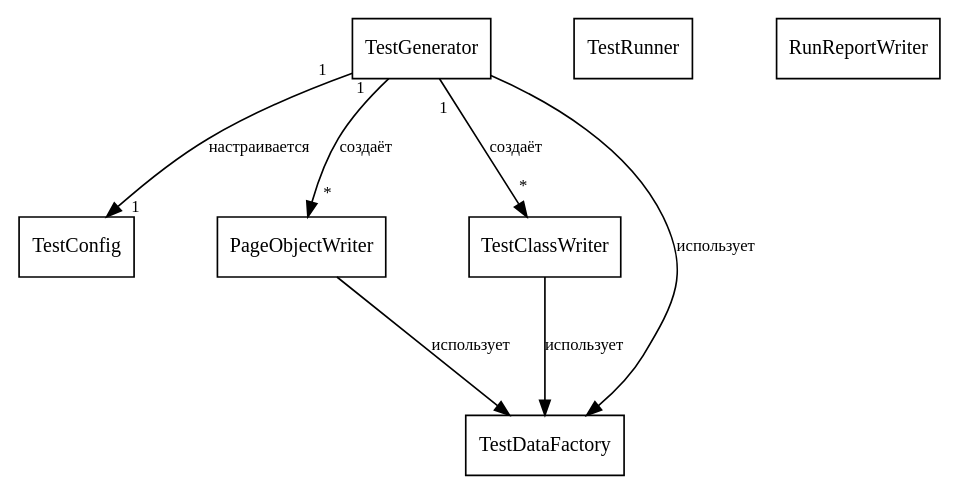
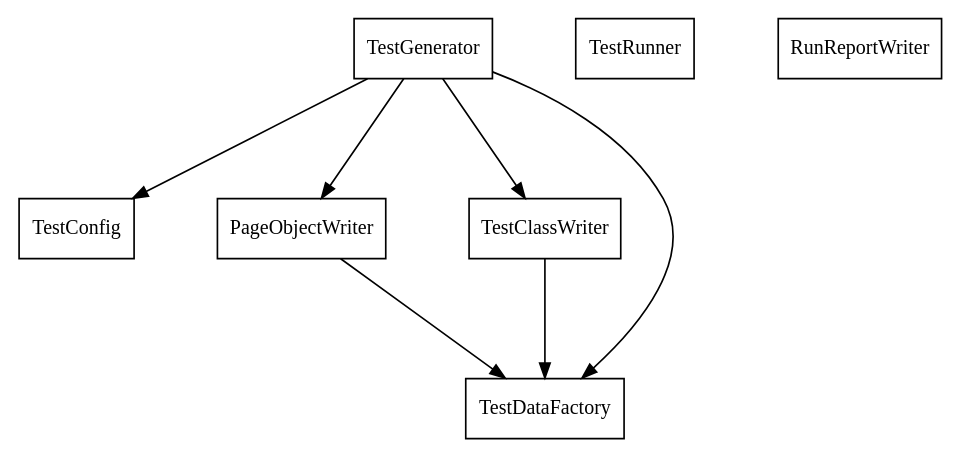
Before and after one commit to nastolbov/AutoTestGeneratorUpdate: the diagram in diagrams/cls_generator_initial.dot, drawn with Graphviz. The commit also changed 38 other files, not shown here.

```diff
--- a/diagrams/cls_generator_initial.dot
+++ b/diagrams/cls_generator_initial.dot
@@ -1,21 +1,17 @@
 digraph cls_generator_initial {
     rankdir=TB; fontname="Liberation Serif";
     nodesep=0.7; ranksep=1.0;
     node [fontname="Liberation Serif", fontsize=12, shape=box, style=filled, fillcolor=white];
-    edge [color=black, fontname="Liberation Serif", fontsize=10, labeldistance=1.8, arrowsize=0.9];
+    edge [color=black, arrowsize=0.9];
 
     TC  [label="TestConfig"];
     TG  [label="TestGenerator"];
     POW [label="PageObjectWriter"];
     TCW [label="TestClassWriter"];
     TDF [label="TestDataFactory"];
     TR  [label="TestRunner"];
     RRW [label="RunReportWriter"];
-    TG -> TC  [label="настраивается", taillabel="1", headlabel="1"];
-    TG -> POW [label="создаёт", taillabel="1", headlabel="*"];
-    TG -> TCW [label="создаёт", taillabel="1", headlabel="*"];
-    TG -> TDF [label="использует"];
-    POW -> TDF [label="использует"];
-    TCW -> TDF [label="использует"];
+    TG -> TC; TG -> POW; TG -> TCW; TG -> TDF;
+    POW -> TDF; TCW -> TDF;
 
 }
```
